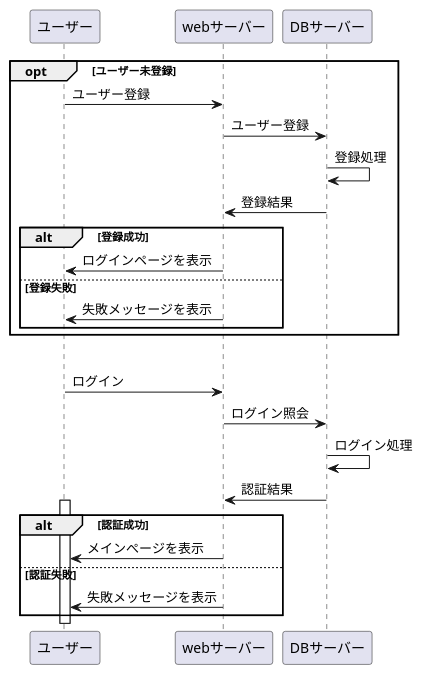
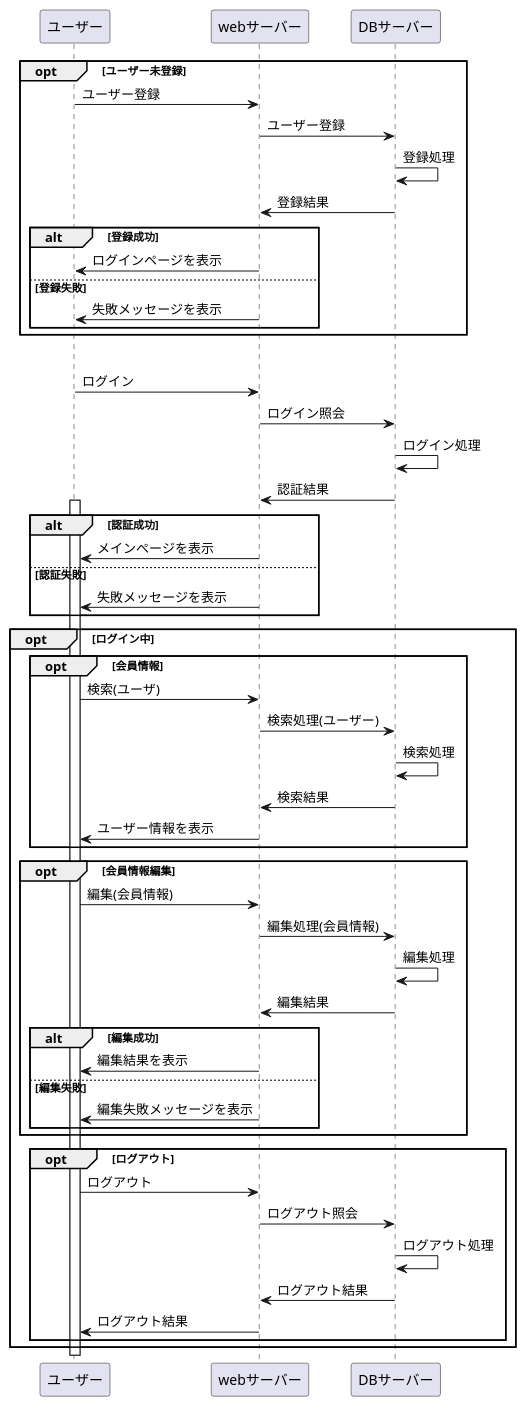
The diagram in 02_業務フロー/業務フロー.md (Aso2001031/System4_ver2.0), drawn with PlantUML before and after one commit.

````diff
--- a/02_業務フロー/業務フロー.md
+++ b/02_業務フロー/業務フロー.md
@@ -1,32 +1,67 @@
 ```uml
 @startuml
 opt ユーザー未登録
 ユーザー -> webサーバー : ユーザー登録
 webサーバー -> DBサーバー : ユーザー登録
 DBサーバー -> DBサーバー : 登録処理
 DBサーバー -> webサーバー : 登録結果
 
 alt 登録成功
  webサーバー -> ユーザー : ログインページを表示
 else 登録失敗
  webサーバー -> ユーザー : 失敗メッセージを表示
  end
 end
 
 opt ログイン
 ユーザー -> webサーバー : ログイン
 webサーバー -> DBサーバー : ログイン照会
 DBサーバー -> DBサーバー : ログイン処理
 DBサーバー -> webサーバー : 認証結果
 
 activate ユーザー
 alt 認証成功
 webサーバー -> ユーザー : メインぺージを表示
 else 認証失敗
 webサーバー -> ユーザー : 失敗メッセージを表示
 end
 
+opt ログイン中
+
+opt 会員情報
+ユーザー -> webサーバー : 検索(ユーザ)
+webサーバー -> DBサーバー : 検索処理(ユーザー)
+DBサーバー -> DBサーバー : 検索処理
+DBサーバー -> webサーバー : 検索結果
+webサーバー -> ユーザー : ユーザー情報を表示
+end
+
+opt 会員情報編集
+ユーザー -> webサーバー : 編集(会員情報)
+webサーバー -> DBサーバー : 編集処理(会員情報)
+DBサーバー -> DBサーバー : 編集処理
+DBサーバー -> webサーバー : 編集結果
+
+alt 編集成功
+webサーバー -> ユーザー : 編集結果を表示
+else 編集失敗
+webサーバー -> ユーザー : 編集失敗メッセージを表示
+end
+
+end
+
+
+opt ログアウト
+ユーザー -> webサーバー : ログアウト
+webサーバー -> DBサーバー : ログアウト照会
+DBサーバー -> DBサーバー : ログアウト処理
+DBサーバー -> webサーバー : ログアウト結果
+webサーバー -> ユーザー : ログアウト結果
+
+end
+
+end
 
 
 @enduml
 ```
````
